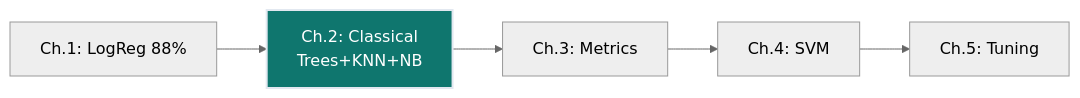
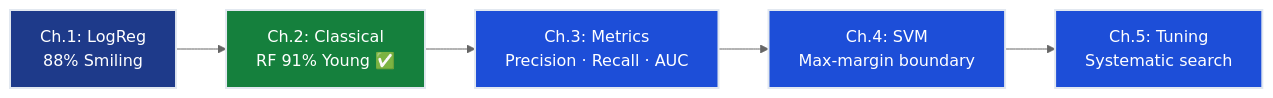
Before and after one commit to deepakshamsft/ai-portfolio: the first of 3 diagrams in notes/01-ml/02_classification/ch02_classical_classifiers/README.md, drawn with Mermaid (neutral theme). The commit also changed other lines of this file and 727 other files, not shown here.

````diff
--- a/notes/01-ml/02_classification/ch02_classical_classifiers/README.md
+++ b/notes/01-ml/02_classification/ch02_classical_classifiers/README.md
@@ -37,8 +50,12 @@
 ```mermaid
 graph LR
-    A["Ch.1: LogReg 88%"] --> B["Ch.2: Classical<br/>Trees+KNN+NB"]
-    B --> C["Ch.3: Metrics"]
-    C --> D["Ch.4: SVM"]
-    D --> E["Ch.5: Tuning"]
-    style B fill:#0f766e,stroke:#e2e8f0,stroke-width:2px,color:#ffffff
+    A["Ch.1: LogReg<br/>88% Smiling"] --> B["Ch.2: Classical<br/>RF 91% Young ✅"]
+    B --> C["Ch.3: Metrics<br/>Precision · Recall · AUC"]
+    C --> D["Ch.4: SVM<br/>Max-margin boundary"]
+    D --> E["Ch.5: Tuning<br/>Systematic search"]
+    style A fill:#1e3a8a,stroke:#e2e8f0,stroke-width:2px,color:#ffffff
+    style B fill:#15803d,stroke:#e2e8f0,stroke-width:2px,color:#ffffff
+    style C fill:#1d4ed8,stroke:#e2e8f0,stroke-width:2px,color:#ffffff
+    style D fill:#1d4ed8,stroke:#e2e8f0,stroke-width:2px,color:#ffffff
+    style E fill:#1d4ed8,stroke:#e2e8f0,stroke-width:2px,color:#ffffff
 ```
````
